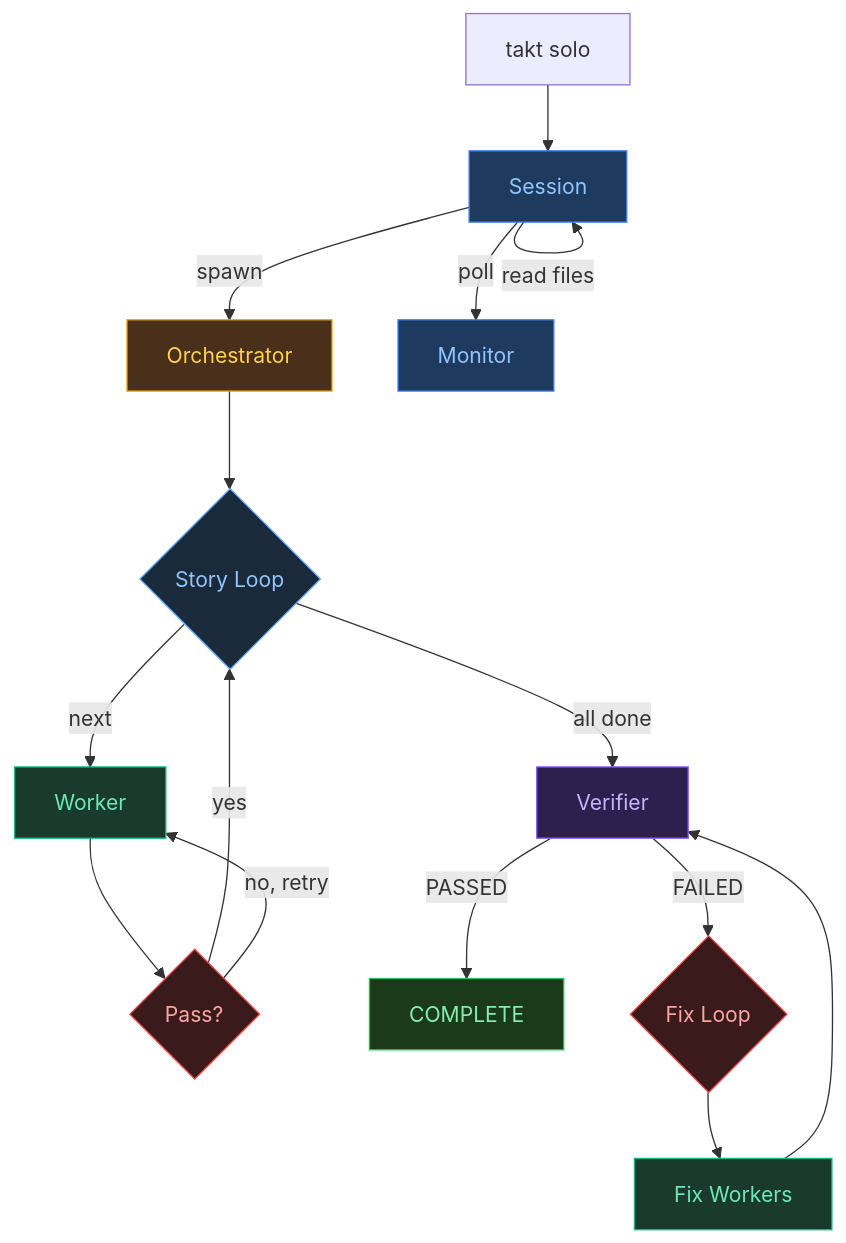
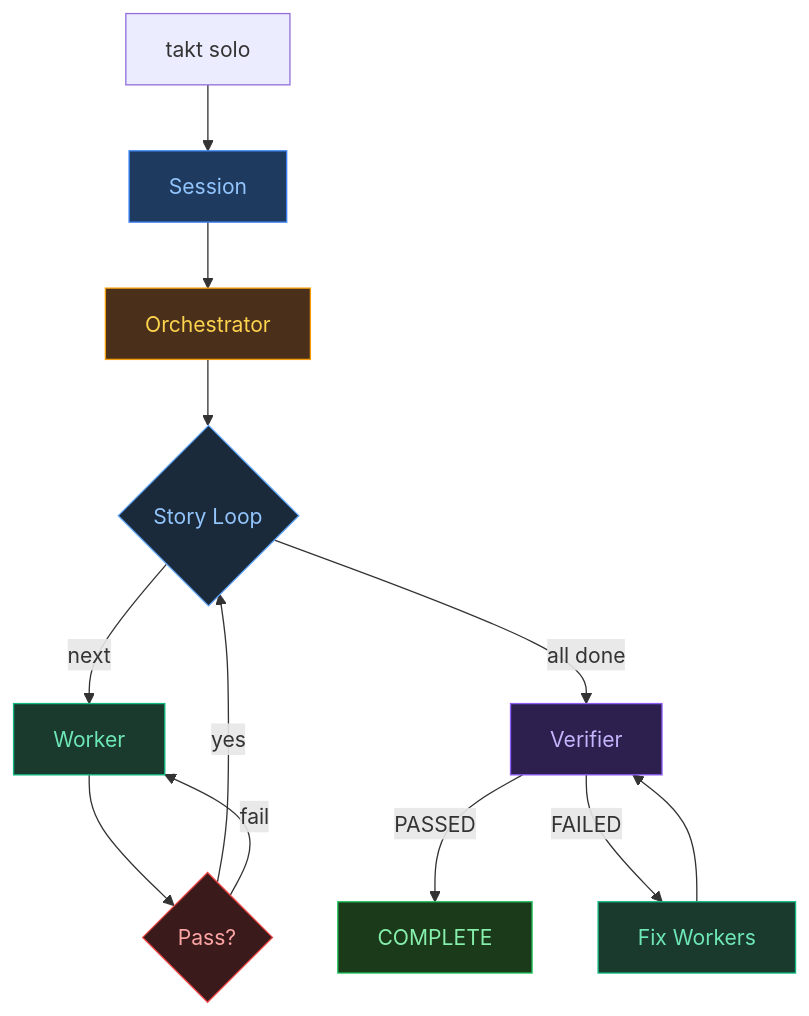
One commit to Sebstrdigital/takt changed the third of 4 diagrams in README.md. Above: the diagram before and after it, drawn with Mermaid. The commit also changed other lines of this file, not shown here.

First line of the commit message:
fix: mermaid diagrams — TD layout, remove self-loops and wide branches

````diff
--- a/README.md
+++ b/README.md
@@ -107,29 +107,23 @@
 ```mermaid
 graph TD
     U["takt solo"] --> S["Session"]
-    S -- "read files" --> S
-    S -- "spawn" --> O["Orchestrator"]
-    S -- "poll" --> M["Monitor"]
-
+    S --> O["Orchestrator"]
     O --> L{"Story Loop"}
     L -- "next" --> W["Worker"]
     W --> V{"Pass?"}
     V -- "yes" --> L
-    V -- "no, retry" --> W
+    V -- "fail" --> W
     L -- "all done" --> SV["Verifier"]
     SV -- "PASSED" --> C["COMPLETE"]
-    SV -- "FAILED" --> FL{"Fix Loop"}
-    FL --> FW["Fix Workers"]
+    SV -- "FAILED" --> FW["Fix Workers"]
     FW --> SV
 
     style S fill:#1e3a5f,stroke:#3b82f6,color:#93c5fd
-    style M fill:#1e3a5f,stroke:#3b82f6,color:#93c5fd
     style O fill:#4a2f1a,stroke:#f59e0b,color:#fcd34d
     style W fill:#1a3a2e,stroke:#10b981,color:#6ee7b7
     style FW fill:#1a3a2e,stroke:#10b981,color:#6ee7b7
     style SV fill:#2d1f4e,stroke:#8b5cf6,color:#c4b5fd
     style C fill:#1a3a1a,stroke:#22c55e,color:#86efac
     style L fill:#1a2a3a,stroke:#60a5fa,color:#93c5fd
     style V fill:#3a1a1a,stroke:#ef4444,color:#fca5a5
-    style FL fill:#3a1a1a,stroke:#ef4444,color:#fca5a5
 ```
````
